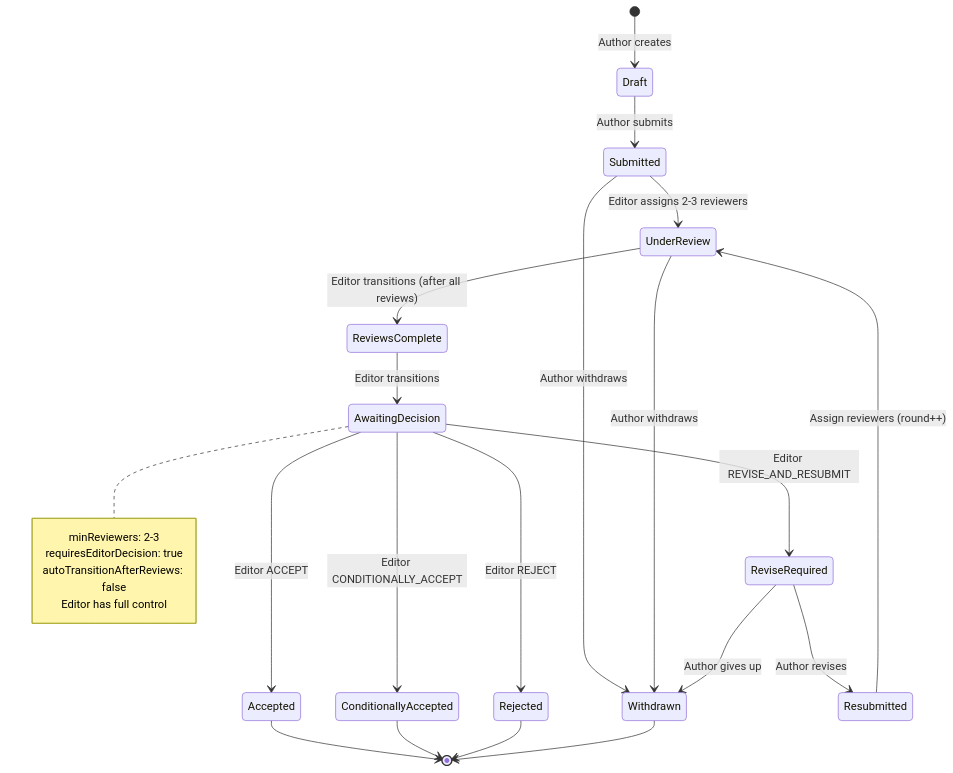
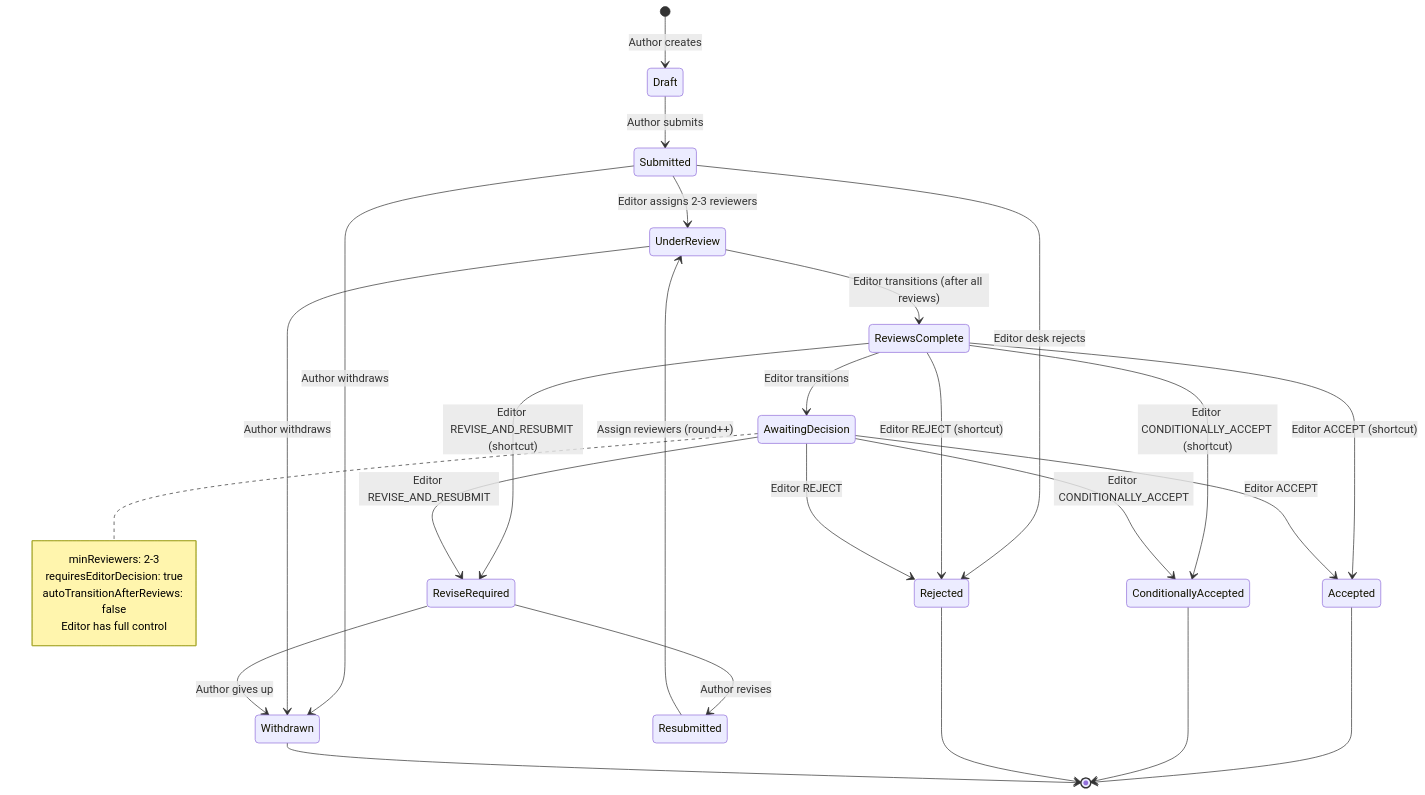
The second of 5 diagrams in WORKFLOW.md (unlimited-labs/suberus), drawn with Mermaid before and after one commit. The commit also changed other lines of this file and 1 other file, not shown here.

````diff
--- a/WORKFLOW.md
+++ b/WORKFLOW.md
@@ -61,34 +63,39 @@
 ```mermaid
 stateDiagram-v2
     [*] --> Draft: Author creates
     Draft --> Submitted: Author submits
     Submitted --> UnderReview: Editor assigns 2-3 reviewers
+    Submitted --> Rejected: Editor desk rejects
     Submitted --> Withdrawn: Author withdraws
 
     UnderReview --> ReviewsComplete: Editor transitions (after all reviews)
     UnderReview --> Withdrawn: Author withdraws
 
     ReviewsComplete --> AwaitingDecision: Editor transitions
+    ReviewsComplete --> Accepted: Editor ACCEPT (shortcut)
+    ReviewsComplete --> ConditionallyAccepted: Editor CONDITIONALLY_ACCEPT (shortcut)
+    ReviewsComplete --> ReviseRequired: Editor REVISE_AND_RESUBMIT (shortcut)
+    ReviewsComplete --> Rejected: Editor REJECT (shortcut)
 
     AwaitingDecision --> Accepted: Editor ACCEPT
     AwaitingDecision --> ConditionallyAccepted: Editor CONDITIONALLY_ACCEPT
     AwaitingDecision --> ReviseRequired: Editor REVISE_AND_RESUBMIT
     AwaitingDecision --> Rejected: Editor REJECT
 
     ReviseRequired --> Resubmitted: Author revises
     ReviseRequired --> Withdrawn: Author gives up
 
     Resubmitted --> UnderReview: Assign reviewers (round++)
 
     Accepted --> [*]
     ConditionallyAccepted --> [*]
     Rejected --> [*]
     Withdrawn --> [*]
 
     note right of AwaitingDecision
         minReviewers: 2-3
         requiresEditorDecision: true
         autoTransitionAfterReviews: false
         Editor has full control
     end note
 ```
````
